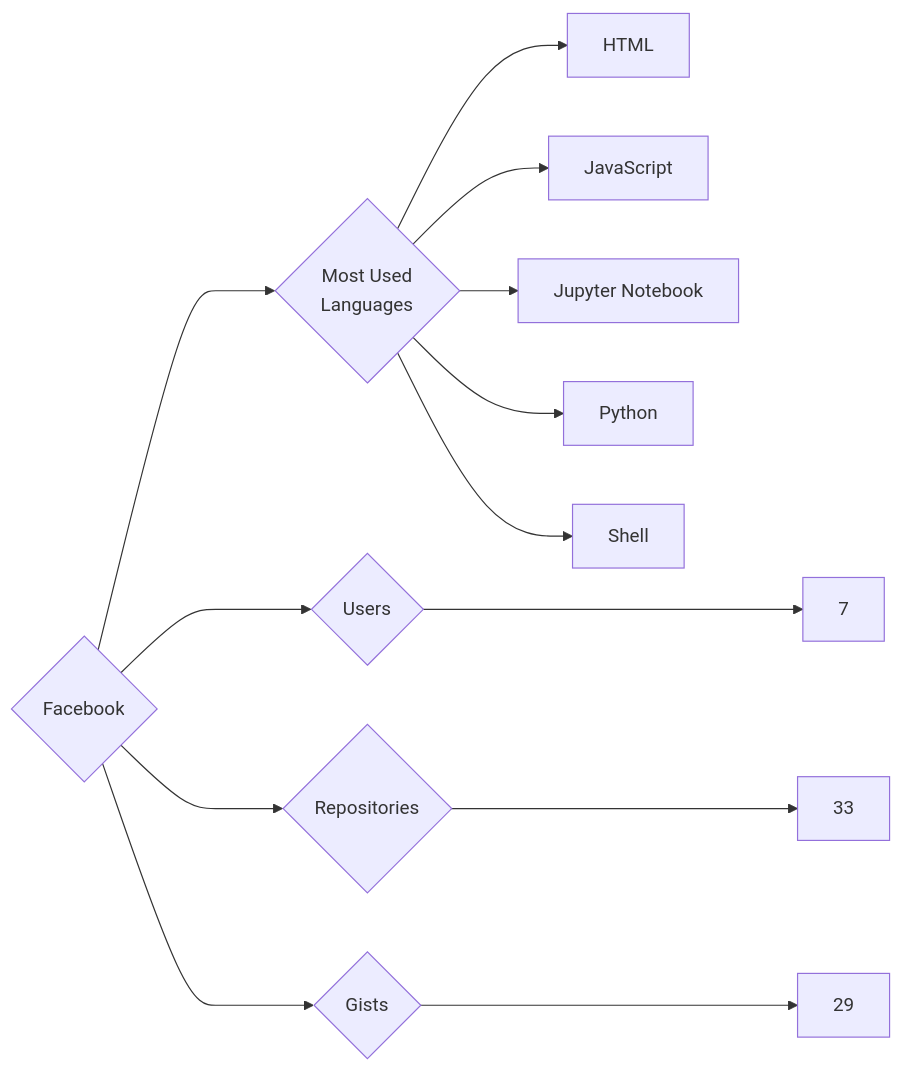
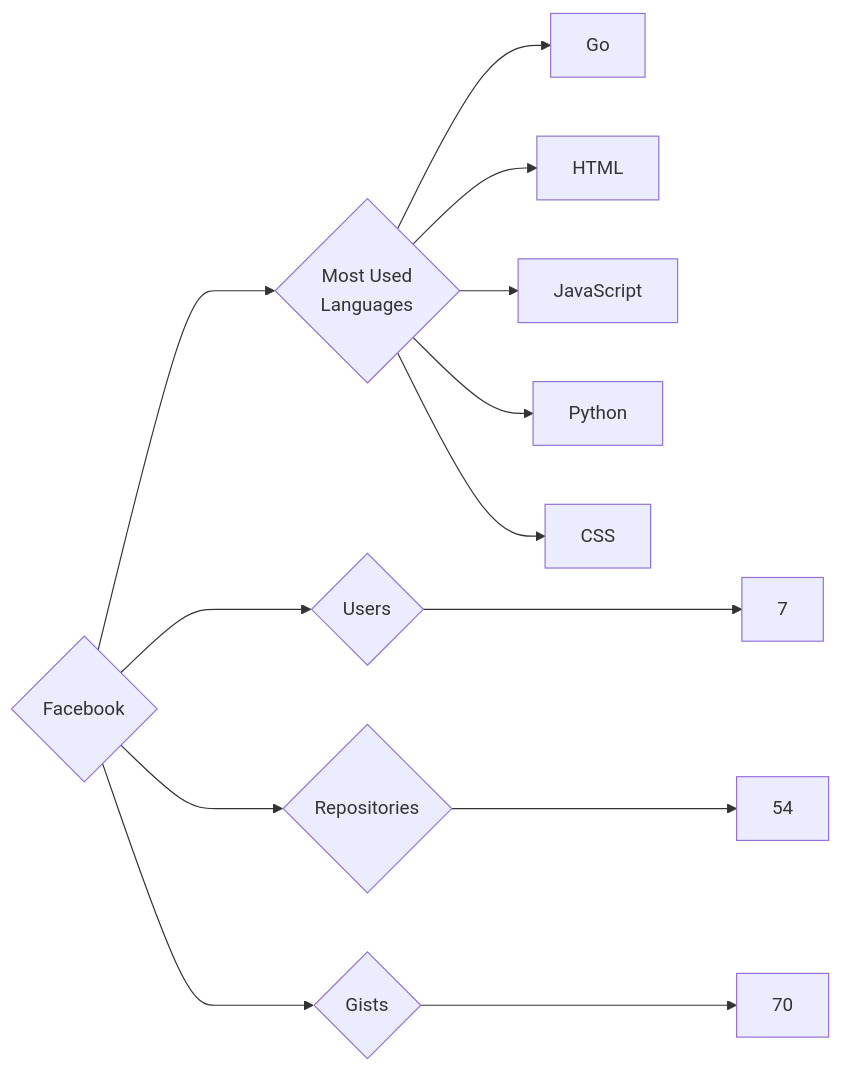
One commit to trickest/insiders changed the diagram in targets/Facebook/README.md. Above: the diagram before and after it, drawn with Mermaid. The commit also changed 988 other files, not shown here.

````diff
--- a/targets/Facebook/README.md
+++ b/targets/Facebook/README.md
@@ -3,13 +3,13 @@
 ```mermaid
 graph LR
 COMPANY_NAME{Facebook}
 COMPANY_NAME ---> U{Users} ---> UN[7]
-COMPANY_NAME ---> R{Repositories} ---> RN[33]
-COMPANY_NAME ---> G{Gists} ---> GN[29]
+COMPANY_NAME ---> R{Repositories} ---> RN[54]
+COMPANY_NAME ---> G{Gists} ---> GN[70]
 COMPANY_NAME ---> ML{Most Used<br>Languages}
+ML --> Go[Go]
 ML --> HTML[HTML]
 ML --> JavaScript[JavaScript]
-ML --> Jupyter_Notebook[Jupyter Notebook]
 ML --> Python[Python]
-ML --> Shell[Shell]
+ML --> CSS[CSS]
 ```
````
